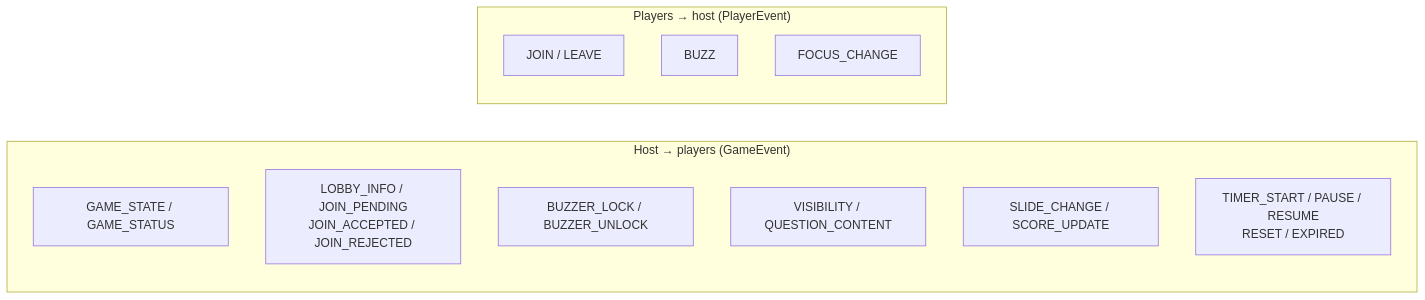
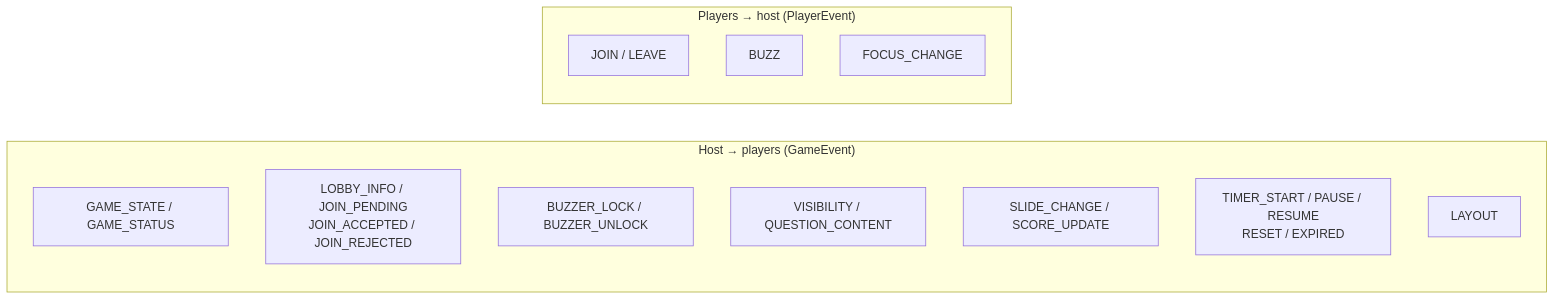
Before and after one commit to morbeo/viktorani: the sixth of 9 diagrams in docs/ARCHITECTURE.md, drawn with Mermaid. The commit also changed other lines of this file and 22 other files, not shown here.

````diff
--- a/docs/ARCHITECTURE.md
+++ b/docs/ARCHITECTURE.md
@@ -275,18 +276,19 @@
 ```mermaid
 flowchart LR
   subgraph GameEvent["Host → players (GameEvent)"]
     direction TB
     g1[GAME_STATE / GAME_STATUS]
     g2[LOBBY_INFO / JOIN_PENDING<br/>JOIN_ACCEPTED / JOIN_REJECTED]
     g3[BUZZER_LOCK / BUZZER_UNLOCK]
     g4[VISIBILITY / QUESTION_CONTENT]
     g5[SLIDE_CHANGE / SCORE_UPDATE]
     g6[TIMER_START / PAUSE / RESUME<br/>RESET / EXPIRED]
+    g7[LAYOUT]
   end
   subgraph PlayerEvent["Players → host (PlayerEvent)"]
     direction TB
     p1[JOIN / LEAVE]
     p2[BUZZ]
     p3[FOCUS_CHANGE]
   end
 ```
````
